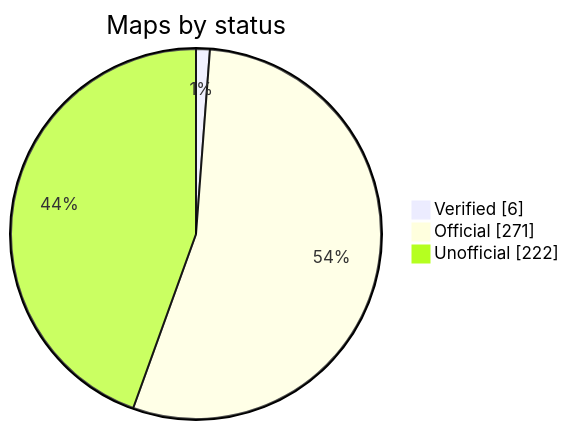
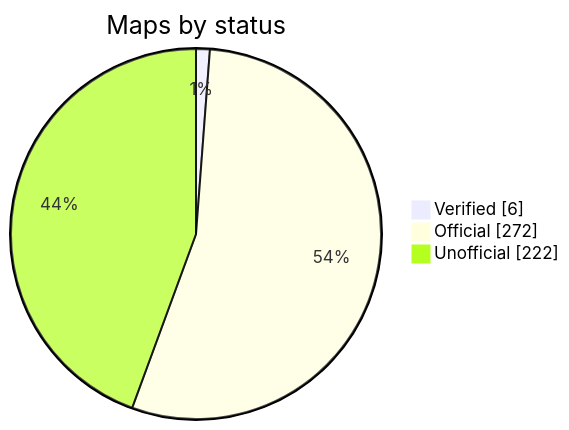
The diagram in README.md (nobrega8/mbmap-library), drawn with Mermaid before and after one commit. The commit also changed 2 other files, not shown here.

Commit message:
Add the Novus N1500 map (#98)

````diff
--- a/README.md
+++ b/README.md
@@ -48,7 +48,7 @@
 ```mermaid
 pie showData
     title Maps by status
     "Verified" : 6
-    "Official" : 271
+    "Official" : 272
     "Unofficial" : 222
 ```
````
